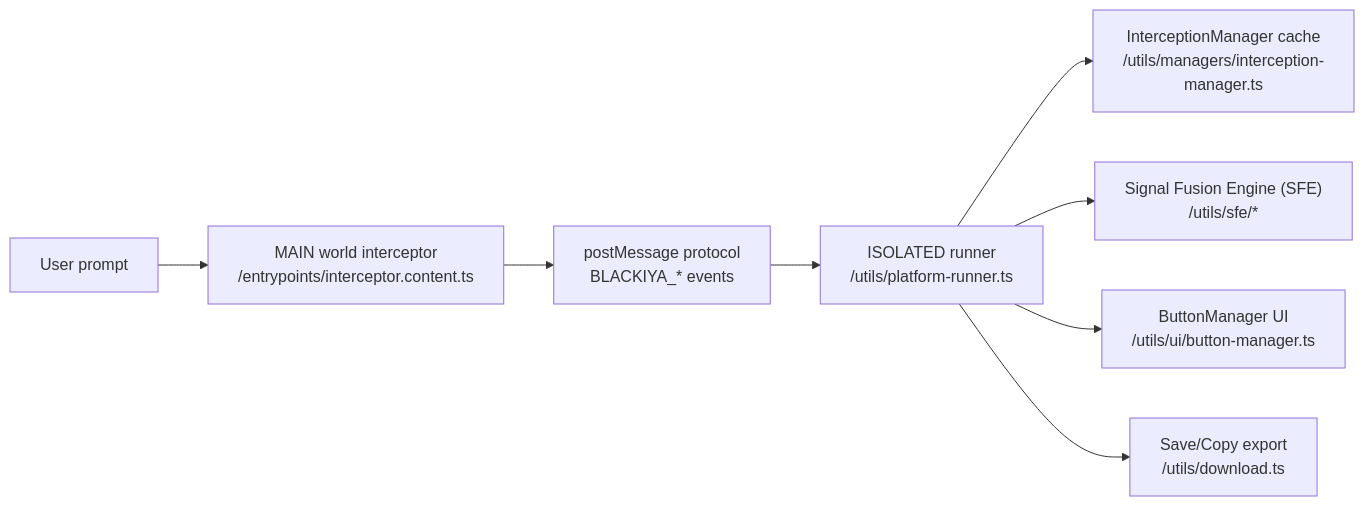
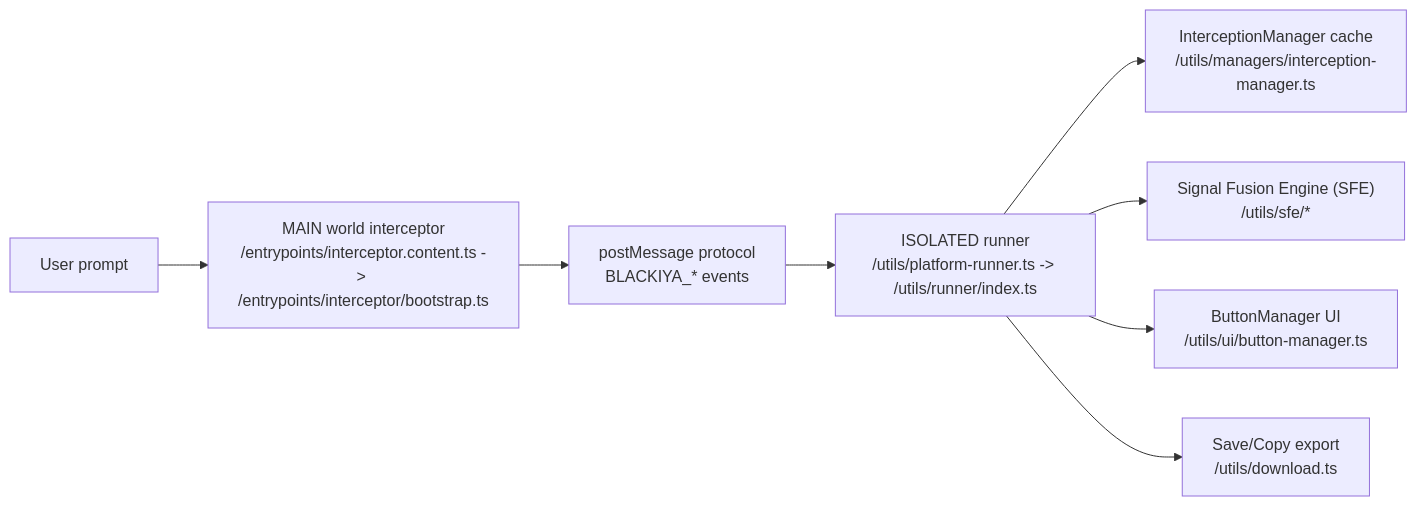
The first of 2 diagrams in docs/architecture.md (ragaeeb/blackiya), drawn with Mermaid before and after one commit. The commit also changed other lines of this file and 56 other files, not shown here.

````diff
--- a/docs/architecture.md
+++ b/docs/architecture.md
@@ -18,10 +18,10 @@
 ```mermaid
 flowchart LR
-    A["User prompt"] --> B["MAIN world interceptor\n/entrypoints/interceptor.content.ts"]
+    A["User prompt"] --> B["MAIN world interceptor\n/entrypoints/interceptor.content.ts -> /entrypoints/interceptor/bootstrap.ts"]
     B --> C["postMessage protocol\nBLACKIYA_* events"]
-    C --> D["ISOLATED runner\n/utils/platform-runner.ts"]
+    C --> D["ISOLATED runner\n/utils/platform-runner.ts -> /utils/runner/index.ts"]
     D --> E["InterceptionManager cache\n/utils/managers/interception-manager.ts"]
     D --> F["Signal Fusion Engine (SFE)\n/utils/sfe/*"]
     D --> G["ButtonManager UI\n/utils/ui/button-manager.ts"]
     D --> H["Save/Copy export\n/utils/download.ts"]
 ```
````
